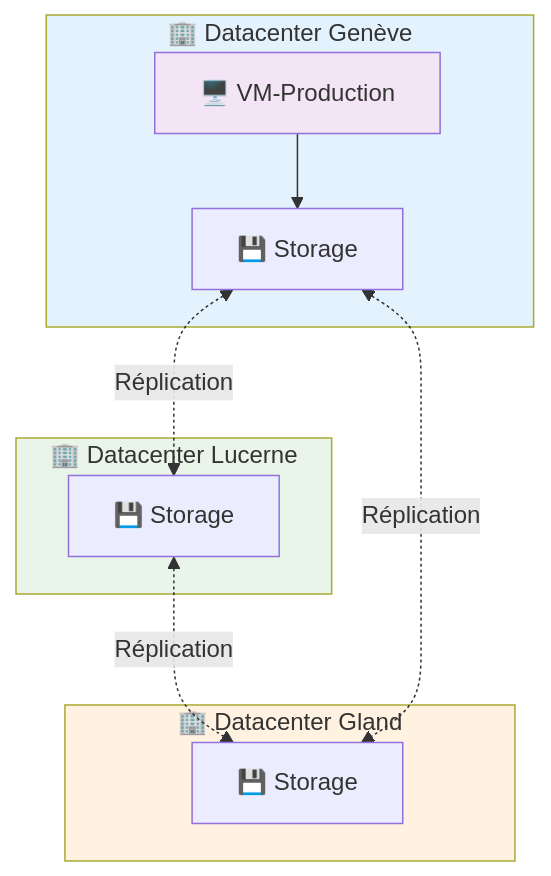
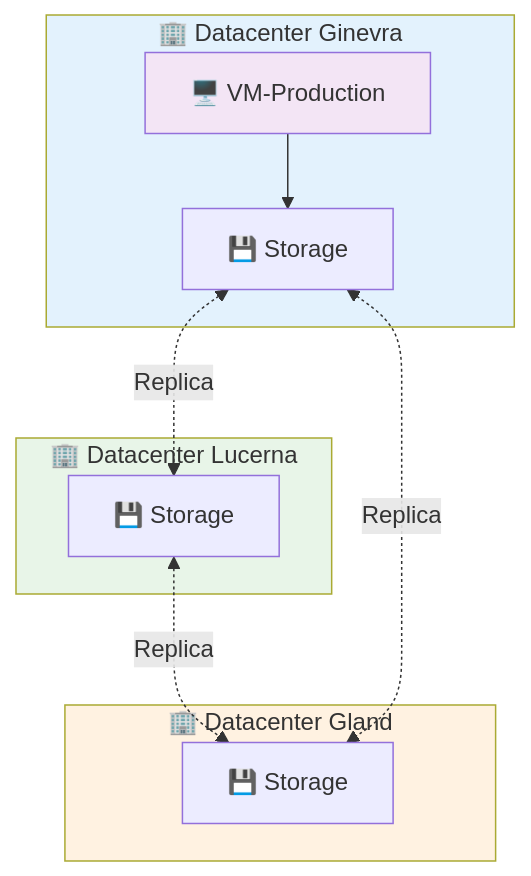
The diagram in i18n/it/docusaurus-plugin-content-docs/current/services/compute/overview.md (HidoraSwiss/hikube-public-doc), drawn with Mermaid before and after one commit. The commit also changed other lines of this file and 121 other files, not shown here.

````diff
--- a/i18n/it/docusaurus-plugin-content-docs/current/services/compute/overview.md
+++ b/i18n/it/docusaurus-plugin-content-docs/current/services/compute/overview.md
@@ -36,29 +36,29 @@
 ```mermaid
 flowchart TD
-    subgraph DC1["🏢 Datacenter Genève"]
+    subgraph DC1["🏢 Datacenter Ginevra"]
         VM1["🖥️ VM-Production"]
         STORAGE1["💾 Storage"]
     end
-    
-    subgraph DC2["🏢 Datacenter Lucerne"]
+
+    subgraph DC2["🏢 Datacenter Lucerna"]
         STORAGE2["💾 Storage"]
     end
-    
+
     subgraph DC3["🏢 Datacenter Gland"]
         STORAGE3["💾 Storage"]
     end
-    
-    %% VM utilise le stockage local
+
+    %% La VM utilizza lo storage locale
     VM1 --> STORAGE1
-    
-    %% Réplication du stockage entre les 3 DC
-    STORAGE1 <-.->|"Réplication"| STORAGE2
-    STORAGE2 <-.->|"Réplication"| STORAGE3
-    STORAGE1 <-.->|"Réplication"| STORAGE3
-    
-    %% Styles
+
+    %% Replica dello storage tra i 3 DC
+    STORAGE1 <-.->|"Replica"| STORAGE2
+    STORAGE2 <-.->|"Replica"| STORAGE3
+    STORAGE1 <-.->|"Replica"| STORAGE3
+
+    %% Stili
     style DC1 fill:#e3f2fd
     style DC2 fill:#e8f5e8
     style DC3 fill:#fff2e1
     style VM1 fill:#f3e5f5
 ```
````
